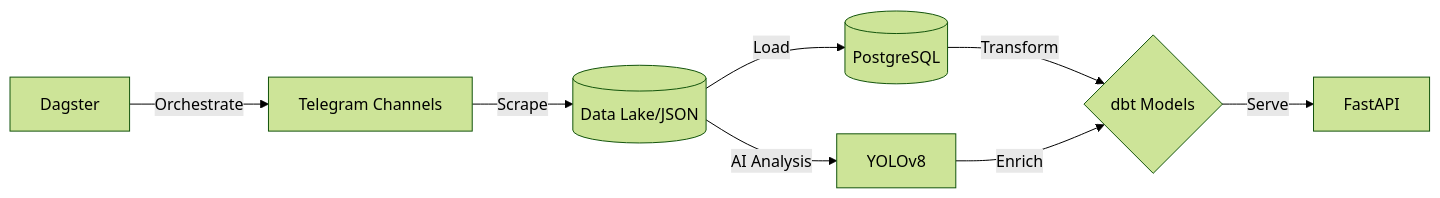
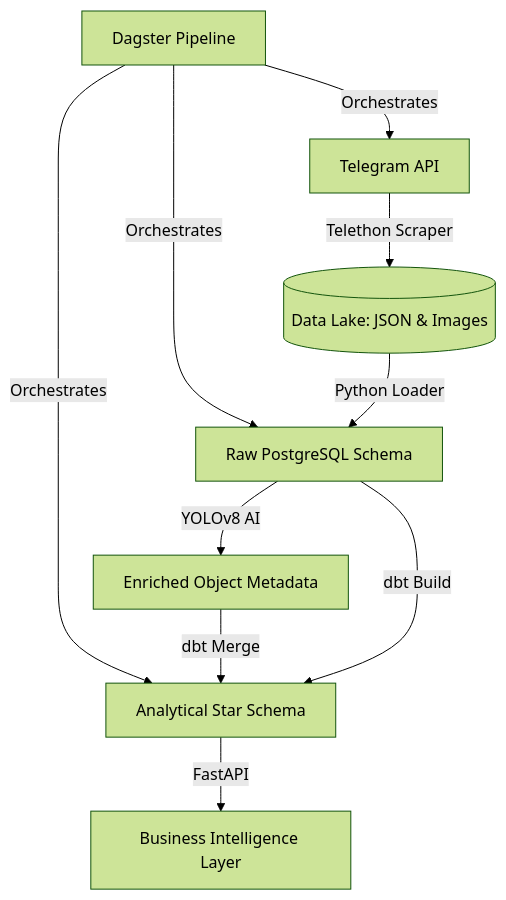
Before and after one commit to Leul4ever/telegram-medical-insights: the first of 4 diagrams in reports/final_report.md, drawn with Mermaid (forest theme). The commit also changed other lines of this file, not shown here.

Commit message:
docs: enhance business recommendations and limitations sections for 4/4 score

````diff
--- a/reports/final_report.md
+++ b/reports/final_report.md
@@ -24,10 +24,13 @@
 ```mermaid
-graph LR
-    A[Telegram Channels] -- Scrape --> B[(Data Lake/JSON)]
-    B -- Load --> C[(PostgreSQL)]
-    C -- Transform --> D{dbt Models}
-    B -- AI Analysis --> E[YOLOv8]
-    E -- Enrich --> D
-    D -- Serve --> F[FastAPI]
-    G[Dagster] -- Orchestrate --> A
+graph TD
+    DP[Dagster Pipeline] -- Orchestrates --> TAPI[Telegram API]
+    DP -- Orchestrates --> RPS[Raw PostgreSQL Schema]
+    DP -- Orchestrates --> ASS[Analytical Star Schema]
+
+    TAPI -- Telethon Scraper --> DL[(Data Lake: JSON & Images)]
+    DL -- Python Loader --> RPS
+    RPS -- YOLOv8 AI --> EOM[Enriched Object Metadata]
+    EOM -- dbt Merge --> ASS
+    RPS -- dbt Build --> ASS
+    ASS -- FastAPI --> BIL[Business Intelligence Layer]
 ```
````
